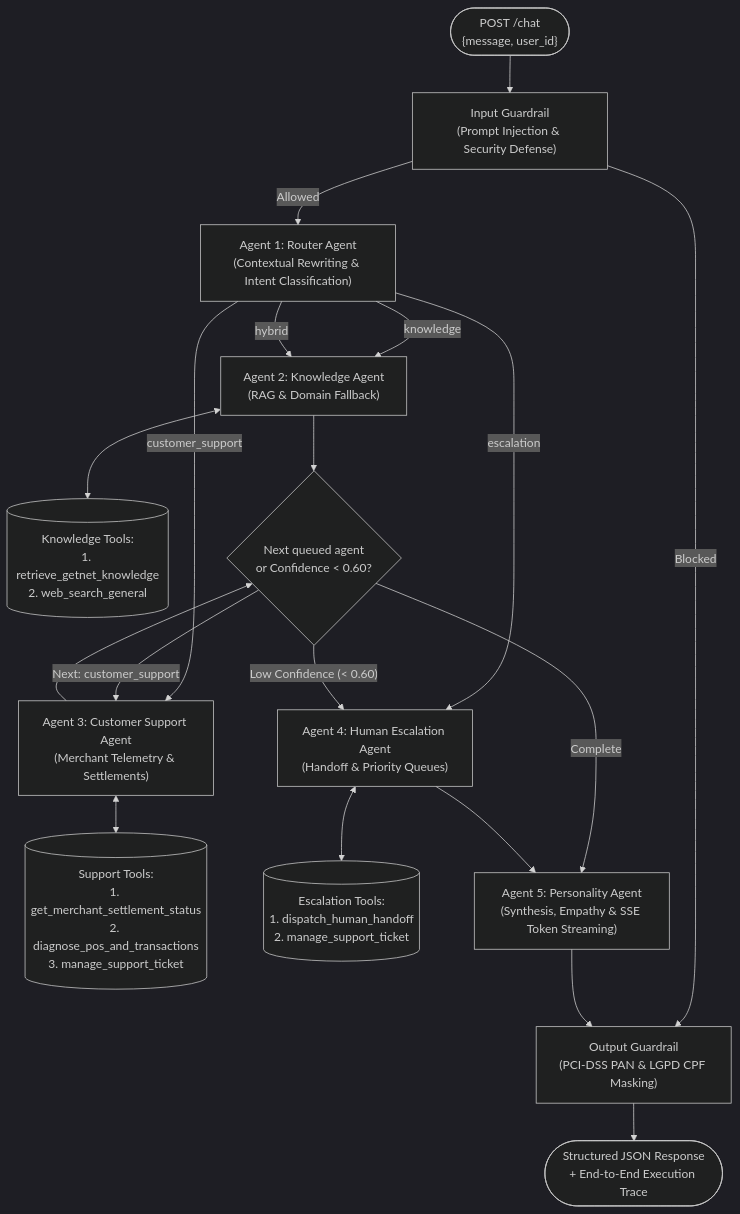
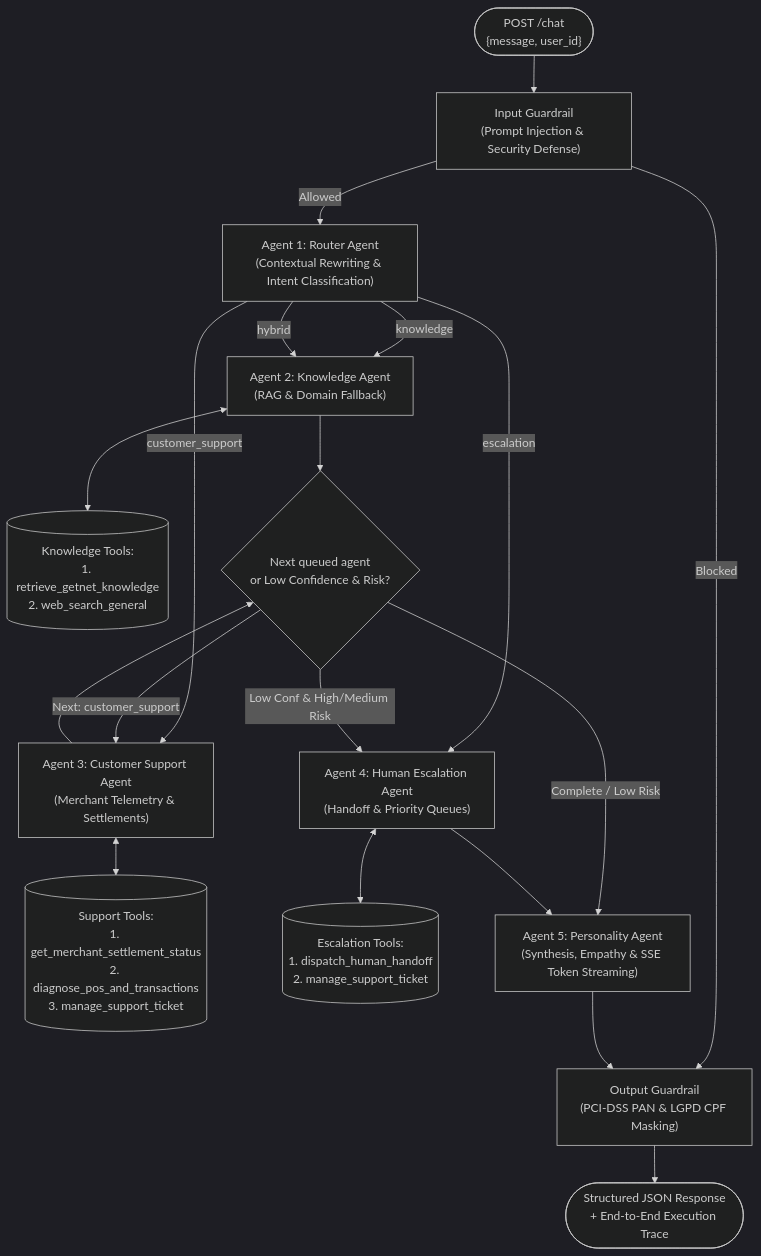
One commit to FelipeBebas/getnet-multi-agent-support changed the first of 2 diagrams in README.md. Above: the diagram before and after it, drawn with Mermaid (dark theme). The commit also changed other lines of this file, not shown here.

Commit message:
docs(readme): update test metrics to 100/100 and document risk-tier escalation gate

````diff
--- a/README.md
+++ b/README.md
@@ -31,26 +31,26 @@
 ```mermaid
 flowchart TD
     User(["POST /chat\n{message, user_id}"]) --> InGuard["Input Guardrail\n(Prompt Injection & Security Defense)"]
     InGuard -- "Blocked" --> OutGuard["Output Guardrail\n(PCI-DSS PAN & LGPD CPF Masking)"]
     InGuard -- "Allowed" --> Router["Agent 1: Router Agent\n(Contextual Rewriting & Intent Classification)"]
 
     Router -- "knowledge" --> Knowledge["Agent 2: Knowledge Agent\n(RAG & Domain Fallback)"]
     Router -- "customer_support" --> Support["Agent 3: Customer Support Agent\n(Merchant Telemetry & Settlements)"]
     Router -- "escalation" --> Escalation["Agent 4: Human Escalation Agent\n(Handoff & Priority Queues)"]
     Router -- "hybrid" --> Knowledge
 
     Knowledge <--> KTools[("Knowledge Tools:\n1. retrieve_getnet_knowledge\n2. web_search_general")]
     Support <--> STools[("Support Tools:\n1. get_merchant_settlement_status\n2. diagnose_pos_and_transactions\n3. manage_support_ticket")]
     Escalation <--> ETools[("Escalation Tools:\n1. dispatch_human_handoff\n2. manage_support_ticket")]
 
-    Knowledge --> QueueGate{"Next queued agent\nor Confidence < 0.60?"}
+    Knowledge --> QueueGate{"Next queued agent\nor Low Confidence & Risk?"}
     Support --> QueueGate
 
     QueueGate -- "Next: customer_support" --> Support
-    QueueGate -- "Low Confidence (< 0.60)" --> Escalation
-    QueueGate -- "Complete" --> Personality["Agent 5: Personality Agent\n(Synthesis, Empathy & SSE Token Streaming)"]
+    QueueGate -- "Low Conf & High/Medium Risk" --> Escalation
+    QueueGate -- "Complete / Low Risk" --> Personality["Agent 5: Personality Agent\n(Synthesis, Empathy & SSE Token Streaming)"]
 
     Escalation --> Personality
     Personality --> OutGuard
     OutGuard --> Final(["Structured JSON Response\n+ End-to-End Execution Trace"])
 ```
````
